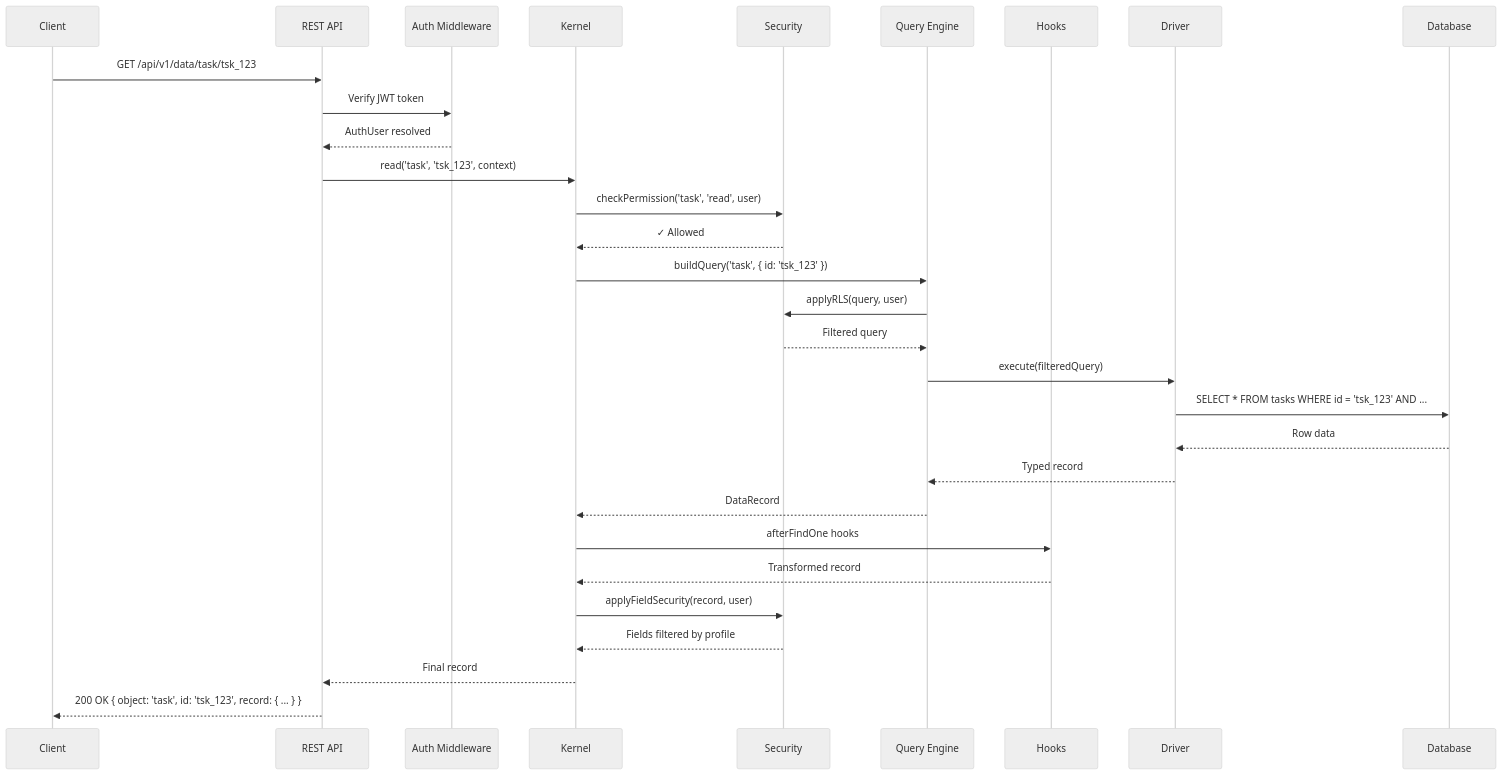
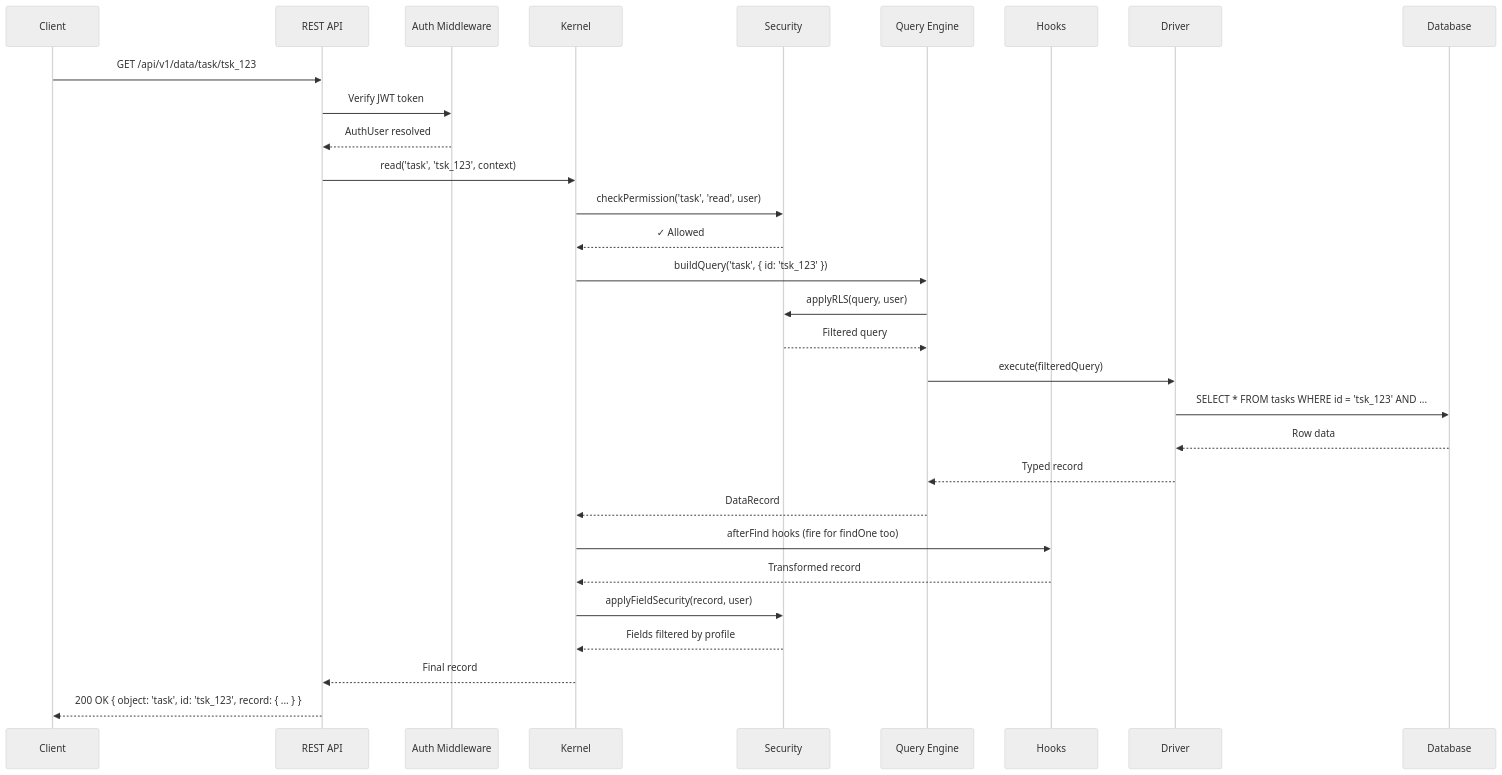
Before and after one commit to objectstack-ai/framework: the second of 7 diagrams in content/docs/api/data-flow.mdx, drawn with Mermaid (neutral theme). The commit also changed other lines of this file and 10 other files, not shown here.

````diff
--- a/content/docs/api/data-flow.mdx
+++ b/content/docs/api/data-flow.mdx
@@ -67,41 +67,41 @@
 ```mermaid
 sequenceDiagram
     participant C as Client
     participant API as REST API
     participant Auth as Auth Middleware
     participant K as Kernel
     participant Sec as Security
     participant QE as Query Engine
     participant H as Hooks
     participant D as Driver
     participant DB as Database
 
     C->>API: GET /api/v1/data/task/tsk_123
     API->>Auth: Verify JWT token
     Auth-->>API: AuthUser resolved
 
     API->>K: read('task', 'tsk_123', context)
 
     K->>Sec: checkPermission('task', 'read', user)
     Sec-->>K: ✓ Allowed
 
     K->>QE: buildQuery('task', { id: 'tsk_123' })
     QE->>Sec: applyRLS(query, user)
     Sec-->>QE: Filtered query
 
     QE->>D: execute(filteredQuery)
     D->>DB: SELECT * FROM tasks WHERE id = 'tsk_123' AND ...
     DB-->>D: Row data
     D-->>QE: Typed record
 
     QE-->>K: DataRecord
 
-    K->>H: afterFindOne hooks
+    K->>H: afterFind hooks (fire for findOne too)
     H-->>K: Transformed record
 
     K->>Sec: applyFieldSecurity(record, user)
     Sec-->>K: Fields filtered by profile
 
     K-->>API: Final record
     API-->>C: 200 OK { object: 'task', id: 'tsk_123', record: { ... } }
 ```
````
